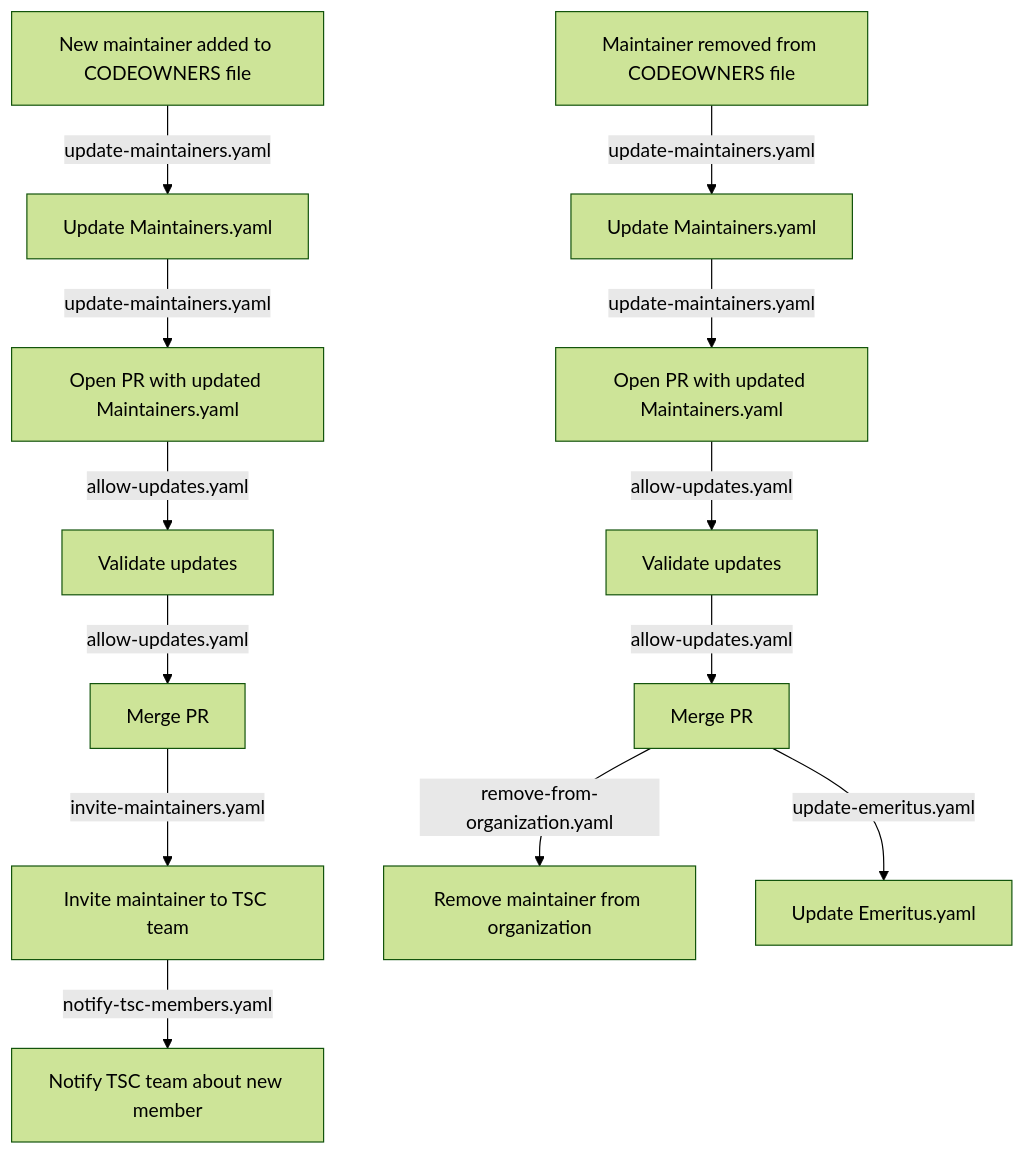
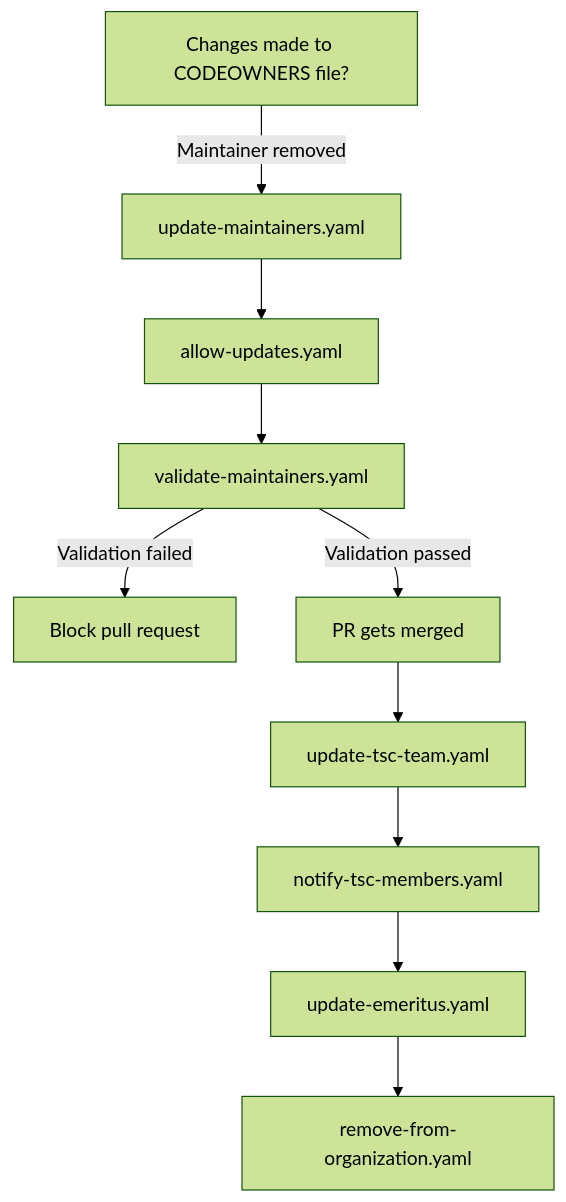
Diagram 14 of 14 in scripts/README.md (14Richa/testRepo), drawn with Mermaid (forest theme) before and after one commit. The commit also changed other lines of this file, not shown here.

Commit message:
added new flowcharts

````diff
--- a/scripts/README.md
+++ b/scripts/README.md
@@ -206,16 +222,12 @@
-```mermaid 
+```mermaid
 graph TD;
-    A[New maintainer added to CODEOWNERS file] -->|update-maintainers.yaml| B[Update Maintainers.yaml];
-    B -->|update-maintainers.yaml| C[Open PR with updated Maintainers.yaml];
-    C -->|allow-updates.yaml| D[Validate updates];
-    D -->|allow-updates.yaml| E[Merge PR];
-    E -->|invite-maintainers.yaml| F[Invite maintainer to TSC team];
-    F -->|notify-tsc-members.yaml| G[Notify TSC team about new member];
-
-    H[Maintainer removed from CODEOWNERS file] -->|update-maintainers.yaml| I[Update Maintainers.yaml];
-    I -->|update-maintainers.yaml| J[Open PR with updated Maintainers.yaml];
-    J -->|allow-updates.yaml| K[Validate updates];
-    K -->|allow-updates.yaml| L[Merge PR];
-    L -->|remove-from-organization.yaml| M[Remove maintainer from organization];
-    L -->|update-emeritus.yaml| N[Update Emeritus.yaml];
+A[Changes made to CODEOWNERS file?] --> |Maintainer removed| H[update-maintainers.yaml]
+H --> I[allow-updates.yaml]
+I --> J[validate-maintainers.yaml]
+J --> |Validation failed| K[Block pull request]
+J --> |Validation passed| L[PR gets merged]
+L --> M[update-tsc-team.yaml]
+M --> N[notify-tsc-members.yaml]
+N --> O[update-emeritus.yaml]
+O --> P[remove-from-organization.yaml] 
 ```
````
